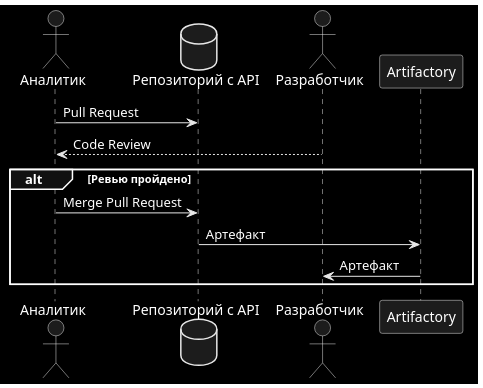
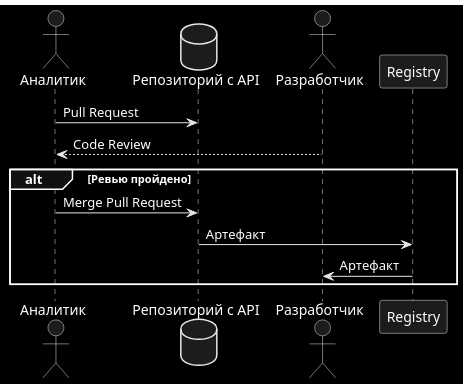
The diagram in doc/api-first-approach.puml (l3r8yJ/api-first-presentation), drawn with PlantUML before and after one commit.

```diff
--- a/doc/api-first-approach.puml
+++ b/doc/api-first-approach.puml
@@ -1,15 +1,15 @@
 @startuml
 skinparam monochrome reverse
 actor Аналитик as analyst
 database "Репозиторий с API" as repo
 actor Разработчик as dev
-participant Artifactory as nexus
+participant Registry as nexus
 
 analyst -> repo: Pull Request
 dev --> analyst: Code Review
 alt Ревью пройдено
 analyst -> repo: Merge Pull Request
 repo -> nexus: Артефакт
 nexus -> dev: Артефакт
 end
 @enduml
```
